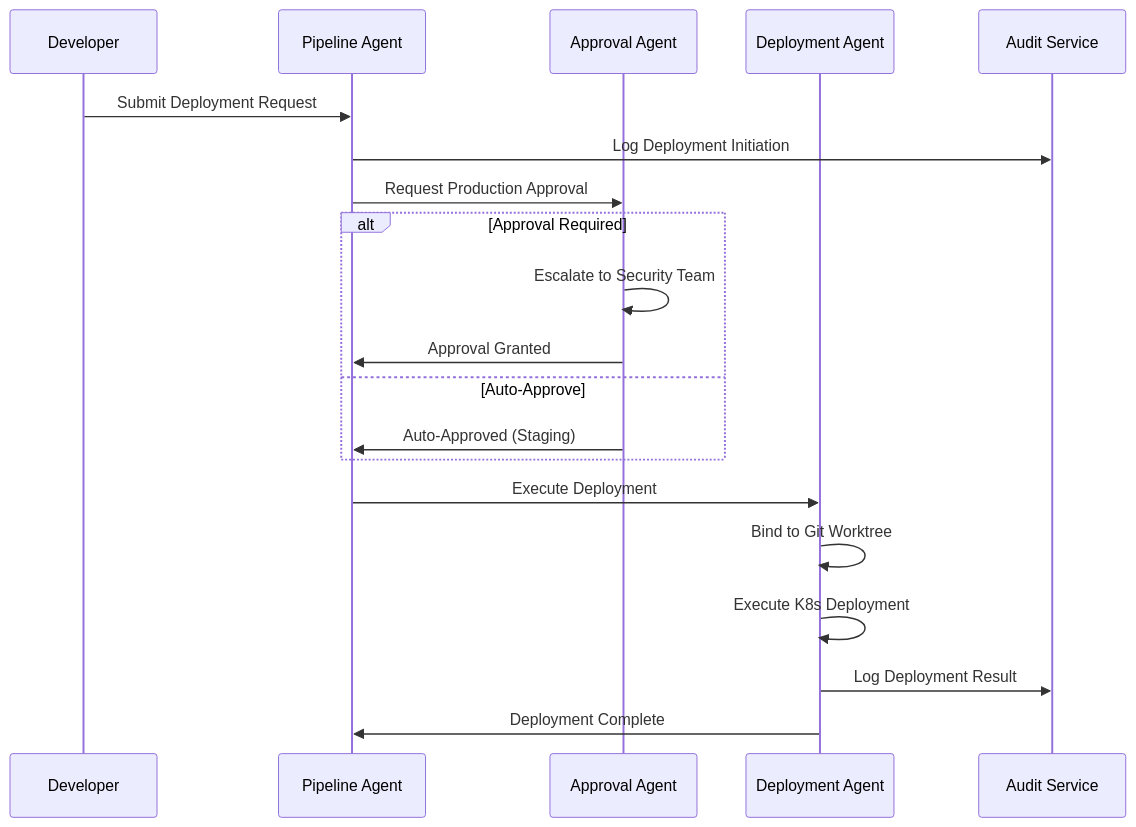
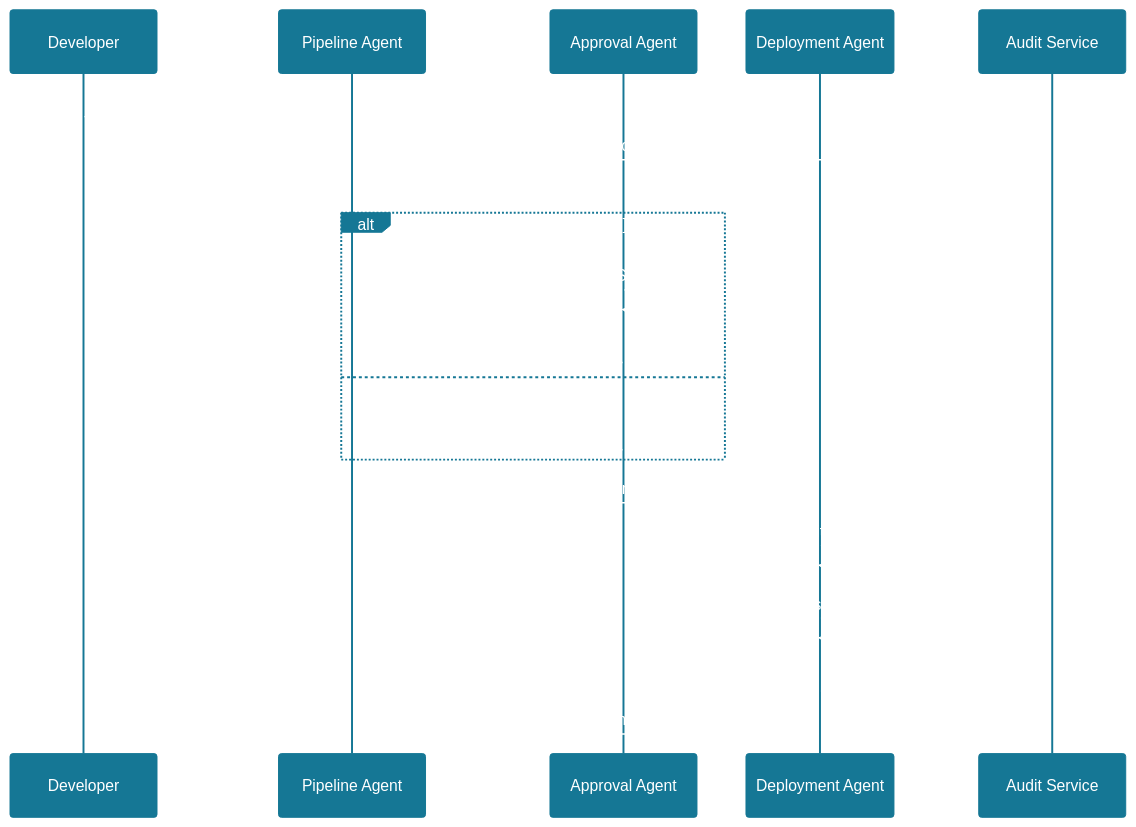
The second of 4 diagrams in documentation/index.md (rahulrajaram/sw4rm), drawn with Mermaid before and after one commit. The commit also changed other lines of this file and 4 other files, not shown here.

First line of the commit message:
docs: enhance architecture documentation and add diagram functionality

````diff
--- a/documentation/index.md
+++ b/documentation/index.md
@@ -232,25 +276,36 @@
 ```mermaid
+---
+config:
+  theme: 'base'
+  themeVariables:
+    primaryColor: '#157795'
+    primaryTextColor: '#fff'
+    primaryBorderColor: '#157795'
+    lineColor: '#ffd400'
+    secondaryColor: '#006100'
+    tertiaryColor: '#fff'
+---
 sequenceDiagram
     participant DEV as Developer
     participant PIPE as Pipeline Agent
-    participant APPR as Approval Agent  
+    participant APPR as Approval Agent
     participant DEPLOY as Deployment Agent
     participant AUDIT as Audit Service
     
     DEV->>PIPE: Submit Deployment Request
     PIPE->>AUDIT: Log Deployment Initiation
     PIPE->>APPR: Request Production Approval
     
     alt Approval Required
         APPR->>APPR: Escalate to Security Team
         APPR->>PIPE: Approval Granted
     else Auto-Approve
         APPR->>PIPE: Auto-Approved (Staging)
     end
     
     PIPE->>DEPLOY: Execute Deployment
     DEPLOY->>DEPLOY: Bind to Git Worktree
     DEPLOY->>DEPLOY: Execute K8s Deployment
     DEPLOY->>AUDIT: Log Deployment Result
     DEPLOY->>PIPE: Deployment Complete
 ```
````
